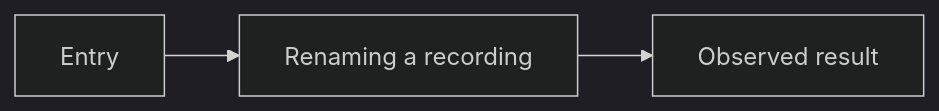
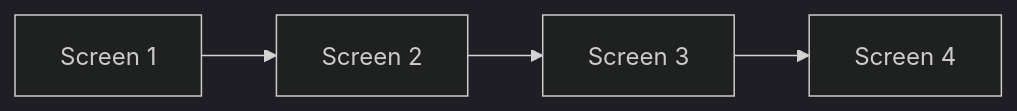
One commit to Dev-Corgi/Notes-Clone changed the diagram in docs/apple-notes/flows/renaming-a-recording/README.md. Above: the diagram before and after it, drawn with Mermaid (dark theme). The commit also changed other lines of this file and 77 other files, not shown here.

Commit message:
docs: verify additional Apple Notes flows

````diff
--- a/docs/apple-notes/flows/renaming-a-recording/README.md
+++ b/docs/apple-notes/flows/renaming-a-recording/README.md
@@ -9,5 +10,10 @@
 ```mermaid
 flowchart LR
-  A[Entry] --> B[Renaming a recording]
-  B --> C[Observed result]
+  S1[Screen 1]
+  S2[Screen 2]
+  S3[Screen 3]
+  S4[Screen 4]
+  S1 --> S2
+  S2 --> S3
+  S3 --> S4
 ```
````
